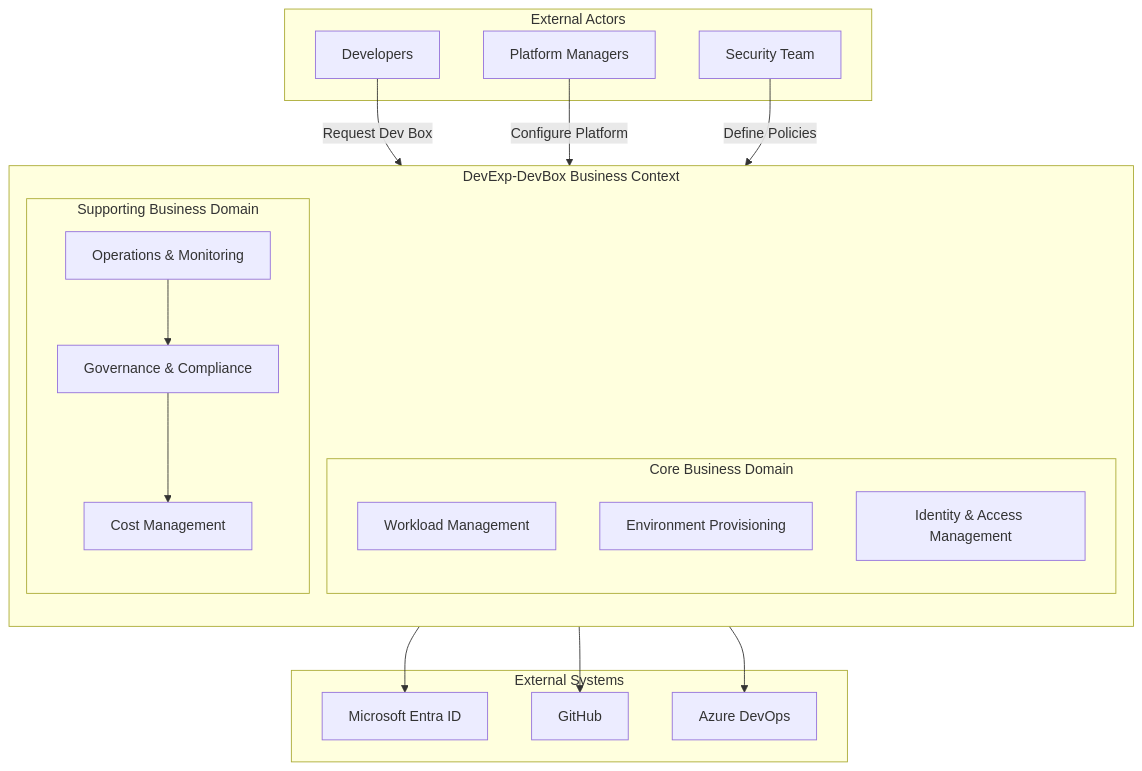
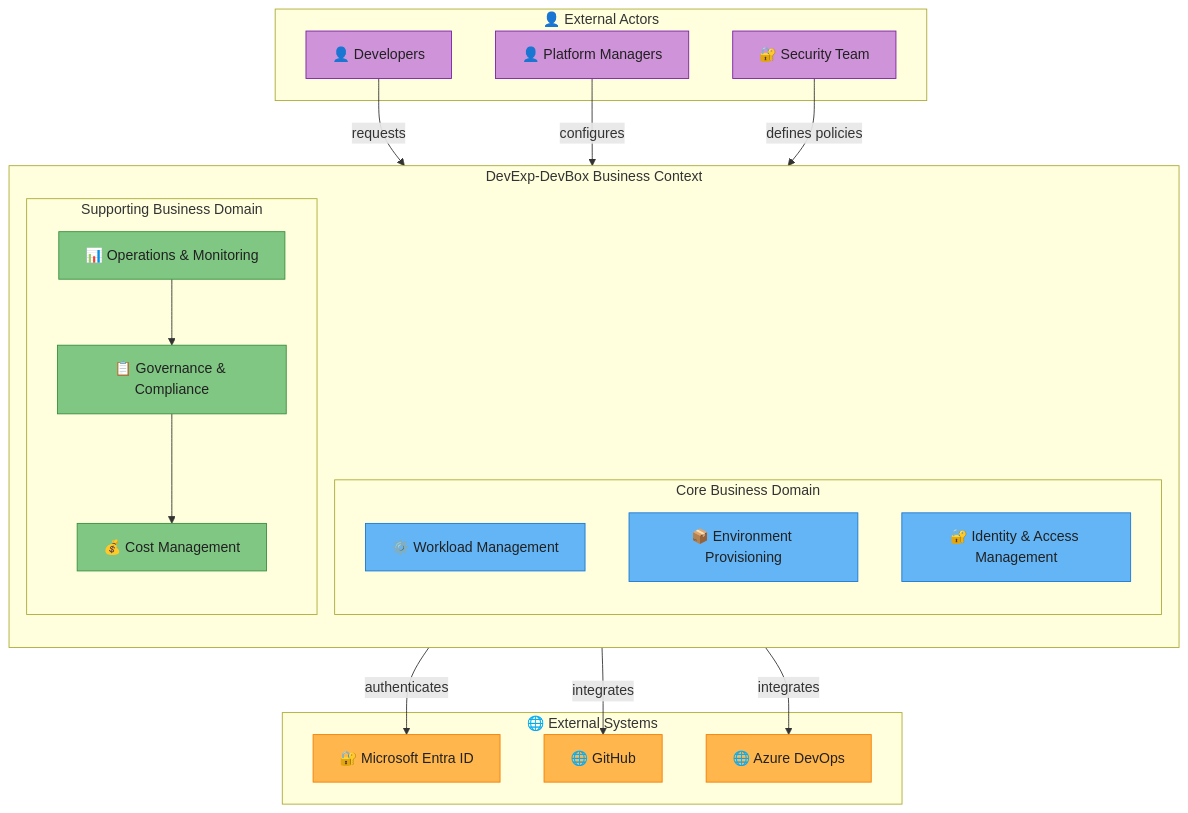
The first of 5 diagrams in docs/architecture/Business.md (Evilazaro/DevExp-DevBox), drawn with Mermaid before and after one commit. The commit also changed other lines of this file, not shown here.

Commit message:
docs: enhance Business Architecture diagrams with improved clarity, emoji labels, and Material Design styling

````diff
--- a/docs/architecture/Business.md
+++ b/docs/architecture/Business.md
@@ -64,40 +68,52 @@
 ```mermaid
 flowchart TB
-    subgraph ExternalActors["External Actors"]
-        DEV["Developers"]
-        PM["Platform Managers"]
-        SEC["Security Team"]
+    direction TB
+
+    subgraph externalActors["👤 External Actors"]
+        developers["👤 Developers"]
+        platformManagers["👤 Platform Managers"]
+        securityTeam["🔐 Security Team"]
     end
 
-    subgraph BusinessContext["DevExp-DevBox Business Context"]
+    subgraph businessContext["DevExp-DevBox Business Context"]
         direction TB
-        subgraph CoreBusiness["Core Business Domain"]
-            WKL["Workload Management"]
-            ENV["Environment Provisioning"]
-            IDM["Identity & Access Management"]
+        subgraph coreBusiness["Core Business Domain"]
+            workloadMgmt["⚙️ Workload Management"]
+            envProvisioning["📦 Environment Provisioning"]
+            identityAccess["🔐 Identity & Access Management"]
         end
 
-        subgraph SupportingBusiness["Supporting Business Domain"]
-            GOV["Governance & Compliance"]
-            COST["Cost Management"]
-            OPS["Operations & Monitoring"]
+        subgraph supportingBusiness["Supporting Business Domain"]
+            governance["📋 Governance & Compliance"]
+            costMgmt["💰 Cost Management"]
+            operations["📊 Operations & Monitoring"]
         end
     end
 
-    subgraph ExternalSystems["External Systems"]
-        AAD["Microsoft Entra ID"]
-        GH["GitHub"]
-        ADO["Azure DevOps"]
+    subgraph externalSystems["🌐 External Systems"]
+        entraId["🔐 Microsoft Entra ID"]
+        github["🌐 GitHub"]
+        azureDevOps["🌐 Azure DevOps"]
     end
 
-    DEV -->|"Request Dev Box"| ENV
-    PM -->|"Configure Platform"| WKL
-    SEC -->|"Define Policies"| GOV
+    developers -->|"requests"| envProvisioning
+    platformManagers -->|"configures"| workloadMgmt
+    securityTeam -->|"defines policies"| governance
 
-    CoreBusiness --> AAD
-    CoreBusiness --> GH
-    CoreBusiness --> ADO
+    coreBusiness -->|"authenticates"| entraId
+    coreBusiness -->|"integrates"| github
+    coreBusiness -->|"integrates"| azureDevOps
 
-    GOV --> COST
-    OPS --> GOV
+    governance --> costMgmt
+    operations --> governance
+
+    classDef actor fill:#CE93D8,stroke:#7B1FA2,color:#212121
+    classDef coreDomain fill:#64B5F6,stroke:#1976D2,color:#212121
+    classDef supportDomain fill:#81C784,stroke:#388E3C,color:#212121
+    classDef external fill:#FFB74D,stroke:#F57C00,color:#212121
+
+    class developers,platformManagers,securityTeam actor
+    class workloadMgmt,envProvisioning,identityAccess coreDomain
+    class governance,costMgmt,operations supportDomain
+    class entraId,github,azureDevOps external
 ```
````
